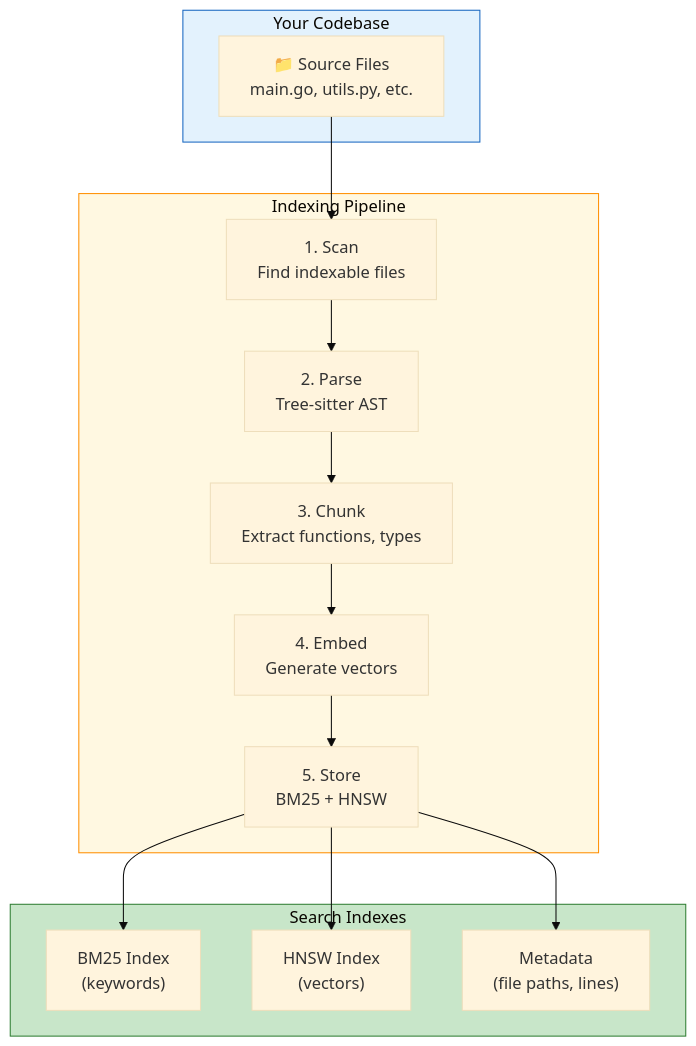
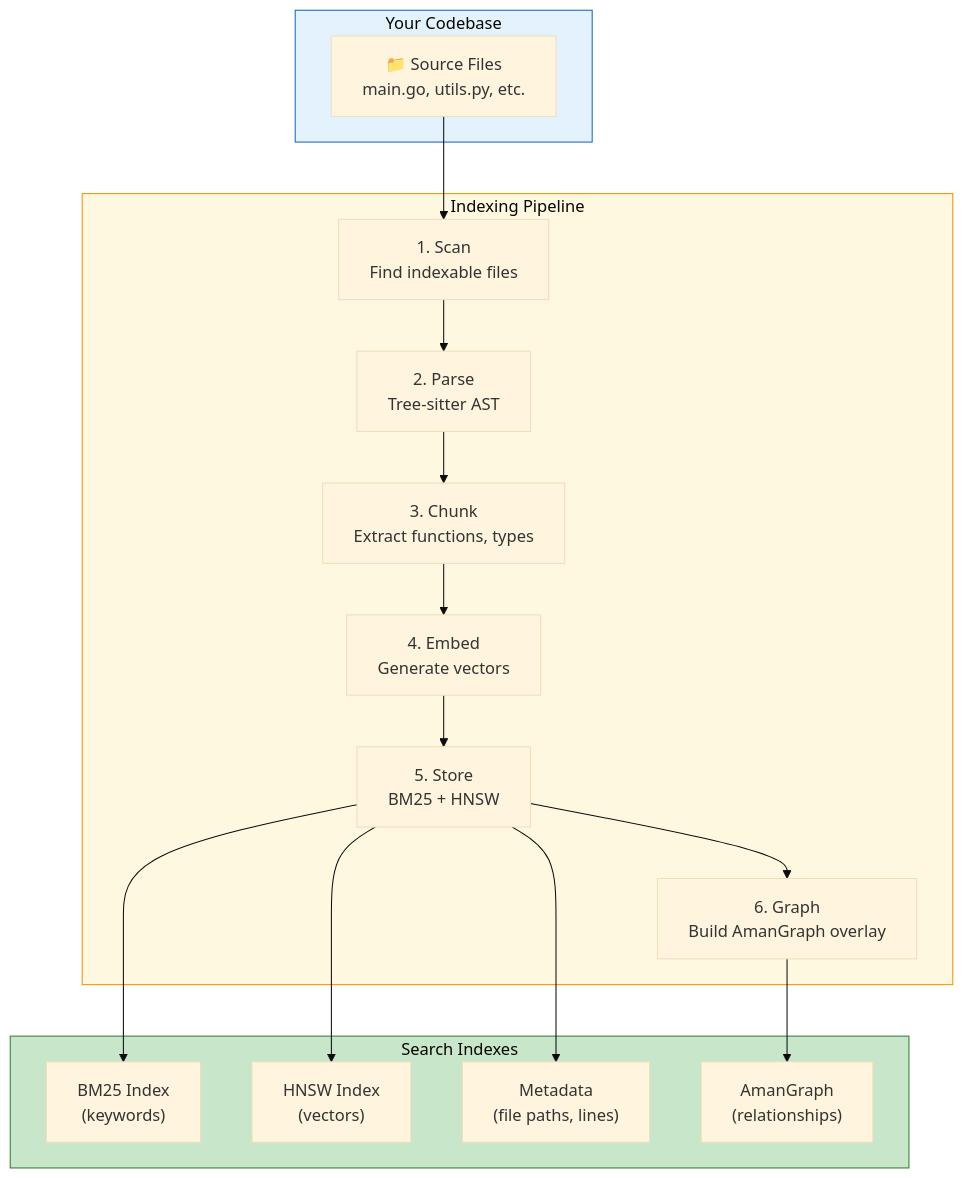
Before and after one commit to Aman-CERP/amanmcp: the first of 11 diagrams in docs/concepts/indexing-pipeline.md, drawn with Mermaid (base theme). The commit also changed other lines of this file and 109 other files, not shown here.

````diff
--- a/docs/concepts/indexing-pipeline.md
+++ b/docs/concepts/indexing-pipeline.md
@@ -23,29 +24,33 @@
 ```mermaid
 flowchart TB
     subgraph Input["Your Codebase"]
         Files["📁 Source Files<br/>main.go, utils.py, etc."]
     end
 
     subgraph Pipeline["Indexing Pipeline"]
         Scan["1. Scan<br/>Find indexable files"]
         Parse["2. Parse<br/>Tree-sitter AST"]
         Chunk["3. Chunk<br/>Extract functions, types"]
         Embed["4. Embed<br/>Generate vectors"]
         Store["5. Store<br/>BM25 + HNSW"]
+        Graph["6. Graph<br/>Build AmanGraph overlay"]
     end
 
     subgraph Output["Search Indexes"]
         BM25["BM25 Index<br/>(keywords)"]
         HNSW["HNSW Index<br/>(vectors)"]
         Meta["Metadata<br/>(file paths, lines)"]
+        GraphDB["AmanGraph<br/>(relationships)"]
     end
 
-    Files --> Scan --> Parse --> Chunk --> Embed --> Store
+    Files --> Scan --> Parse --> Chunk
+    Chunk --> Embed --> Store --> Graph
     Store --> BM25
     Store --> HNSW
     Store --> Meta
+    Graph --> GraphDB
 
     style Input fill:#e3f2fd,stroke:#1565c0
     style Pipeline fill:#fff8e1,stroke:#ff8f00
     style Output fill:#c8e6c9,stroke:#2e7d32
 ```
````
